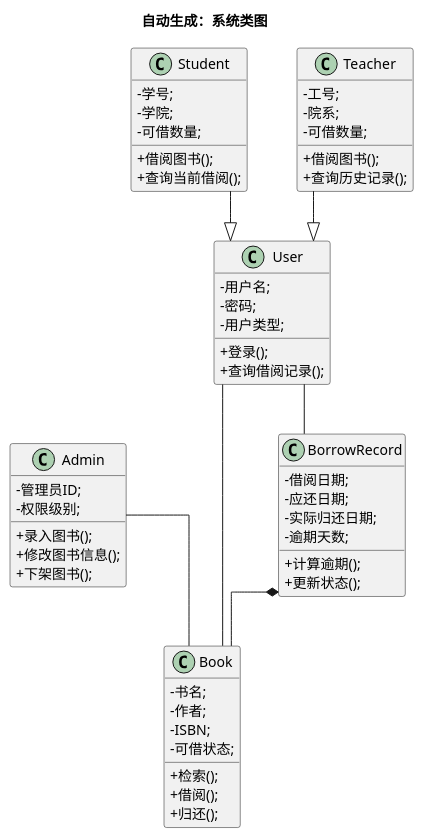
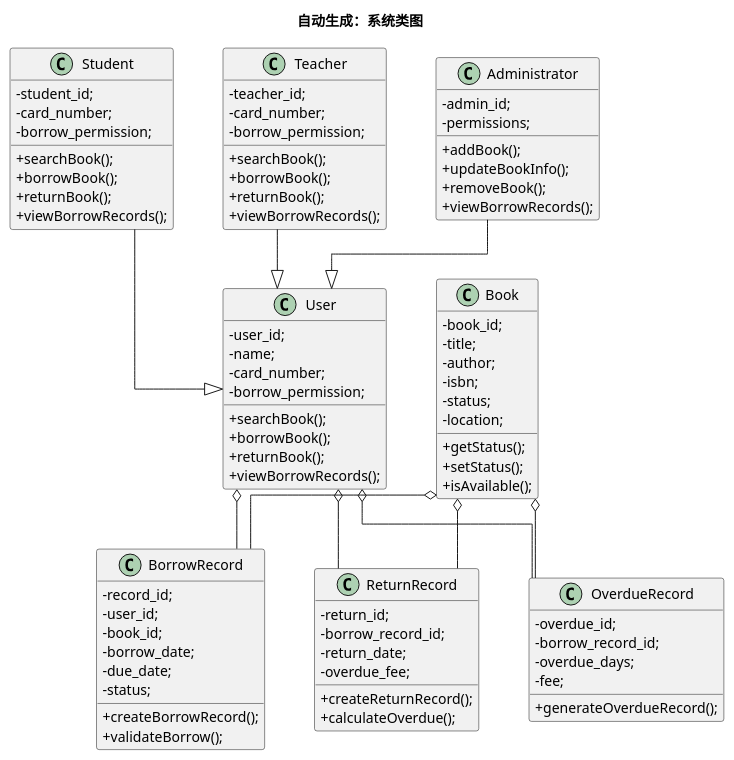
The diagram in output/library_UML/library_class.puml (Sunday17/UML-LLM), drawn with PlantUML before and after one commit. The commit also changed 35 other files, not shown here.

Commit message:
图书馆示例

```diff
--- a/output/library_UML/library_class.puml
+++ b/output/library_UML/library_class.puml
@@ -1,118 +1,128 @@
 @startuml
 title 自动生成：系统类图
 skinparam classAttributeIconSize 0
 skinparam linetype ortho
 skinparam nodesep 50
 skinparam ranksep 50
 
-' ==========================================
-' 1. 定义类及其属性与方法
-' ==========================================
-
 class "User" {
   ' 属性区 (默认设为 private: -)
-  - 用户名;
-  - 密码;
-  - 用户类型;
-  
+  - user_id;
+  - name;
+  - card_number;
+  - borrow_permission;
   ' 方法区 (默认设为 public: +)
-  + 登录();
-  + 查询借阅记录();
+  + searchBook();
+  + borrowBook();
+  + returnBook();
+  + viewBorrowRecords();
+}
+
+class "Student" {
+  ' 属性区 (默认设为 private: -)
+  - student_id;
+  - card_number;
+  - borrow_permission;
+  ' 方法区 (默认设为 public: +)
+  + searchBook();
+  + borrowBook();
+  + returnBook();
+  + viewBorrowRecords();
+}
+
+class "Teacher" {
+  ' 属性区 (默认设为 private: -)
+  - teacher_id;
+  - card_number;
+  - borrow_permission;
+  ' 方法区 (默认设为 public: +)
+  + searchBook();
+  + borrowBook();
+  + returnBook();
+  + viewBorrowRecords();
+}
+
+class "Administrator" {
+  ' 属性区 (默认设为 private: -)
+  - admin_id;
+  - permissions;
+  ' 方法区 (默认设为 public: +)
+  + addBook();
+  + updateBookInfo();
+  + removeBook();
+  + viewBorrowRecords();
 }
 
 class "Book" {
   ' 属性区 (默认设为 private: -)
-  - 书名;
-  - 作者;
-  - ISBN;
-  - 可借状态;
-  
+  - book_id;
+  - title;
+  - author;
+  - isbn;
+  - status;
+  - location;
   ' 方法区 (默认设为 public: +)
-  + 检索();
-  + 借阅();
-  + 归还();
+  + getStatus();
+  + setStatus();
+  + isAvailable();
 }
 
 class "BorrowRecord" {
   ' 属性区 (默认设为 private: -)
-  - 借阅日期;
-  - 应还日期;
-  - 实际归还日期;
-  - 逾期天数;
-  
+  - record_id;
+  - user_id;
+  - book_id;
+  - borrow_date;
+  - due_date;
+  - status;
   ' 方法区 (默认设为 public: +)
-  + 计算逾期();
-  + 更新状态();
+  + createBorrowRecord();
+  + validateBorrow();
 }
 
-class "Admin" {
+class "ReturnRecord" {
   ' 属性区 (默认设为 private: -)
-  - 管理员ID;
-  - 权限级别;
-  
+  - return_id;
+  - borrow_record_id;
+  - return_date;
+  - overdue_fee;
   ' 方法区 (默认设为 public: +)
-  + 录入图书();
-  + 修改图书信息();
-  + 下架图书();
+  + createReturnRecord();
+  + calculateOverdue();
 }
 
-class "Student" {
+class "OverdueRecord" {
   ' 属性区 (默认设为 private: -)
-  - 学号;
-  - 学院;
-  - 可借数量;
-  
+  - overdue_id;
+  - borrow_record_id;
+  - overdue_days;
+  - fee;
   ' 方法区 (默认设为 public: +)
-  + 借阅图书();
-  + 查询当前借阅();
+  + generateOverdueRecord();
 }
-
-class "Teacher" {
-  ' 属性区 (默认设为 private: -)
-  - 工号;
-  - 院系;
-  - 可借数量;
-  
-  ' 方法区 (默认设为 public: +)
-  + 借阅图书();
-  + 查询历史记录();
-}
-
-
-
-' ==========================================
-' 2. 定义类之间的关系
-' ==========================================
 
 ' 2.1 Association (关联关系: --)
 
-"User" -- "Book"
+"User" o-- "BorrowRecord"
 
-"User" -- "BorrowRecord"
+"User" o-- "ReturnRecord"
 
-"Admin" -- "Book"
+"User" o-- "OverdueRecord"
 
+"Book" o-- "BorrowRecord"
 
-' 2.2 Generalization (泛化/继承关系: --|>)
-' 注意：PlantUML 中箭头指向父类，所以如果是 ["子类", "父类"]，用 --|>
+"Book" o-- "ReturnRecord"
+
+"Book" o-- "OverdueRecord"
+
 
 "Student" --|> "User"
 
 "Teacher" --|> "User"
 
-
-' 2.3 Composition (组合关系: *--)
-' 注意：强整体拥有部分，如果是 ["整体", "部分"]，用 *--
-
-"BorrowRecord" *-- "Book"
+"Administrator" --|> "User"
 
 
-' 2.4 Aggregation (聚合关系: o--)
-' 注意：弱整体包含部分，如果是 ["整体", "部分"]，用 o--
-
-
-' 2.5 Dependency (依赖关系: ..>)
-' 注意：源类依赖目标类，如果是 ["源类", "目标类"]，用 ..>
 
 
 @enduml
```
